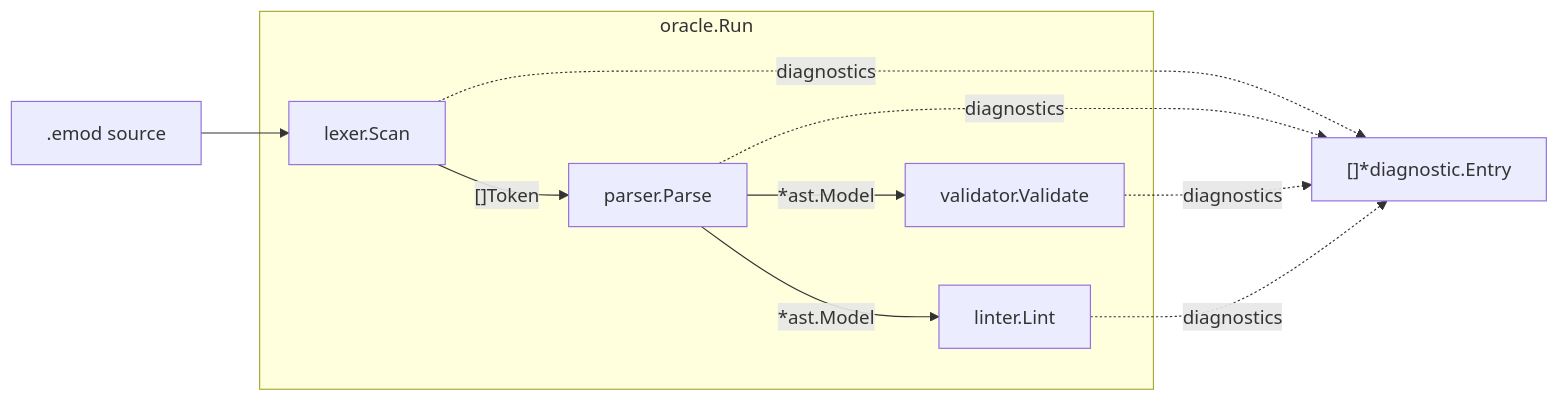
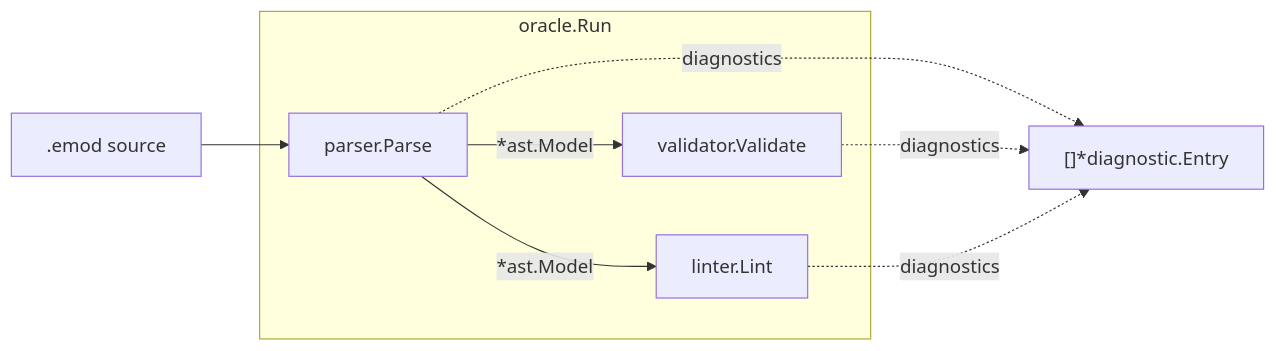
Before and after one commit to hpcsc/emod: the second of 5 diagrams in docs/architecture.md, drawn with Mermaid. The commit also changed other lines of this file and 47 other files, not shown here.

````diff
--- a/docs/architecture.md
+++ b/docs/architecture.md
@@ -113,20 +110,17 @@
 ```mermaid
 flowchart LR
-    src[".emod source"] --> lexer
-    lexer -- "[]Token" --> parser
+    src[".emod source"] --> parser
     parser -- "*ast.Model" --> validator
     parser -- "*ast.Model" --> linter
 
-    lexer -. diagnostics .-> D
     parser -. diagnostics .-> D
     validator -. diagnostics .-> D
     linter -. diagnostics .-> D
     D["[]*diagnostic.Entry"]
 
     subgraph "oracle.Run"
-        lexer[lexer.Scan]
         parser[parser.Parse]
         validator[validator.Validate]
         linter[linter.Lint]
     end
 ```
````
